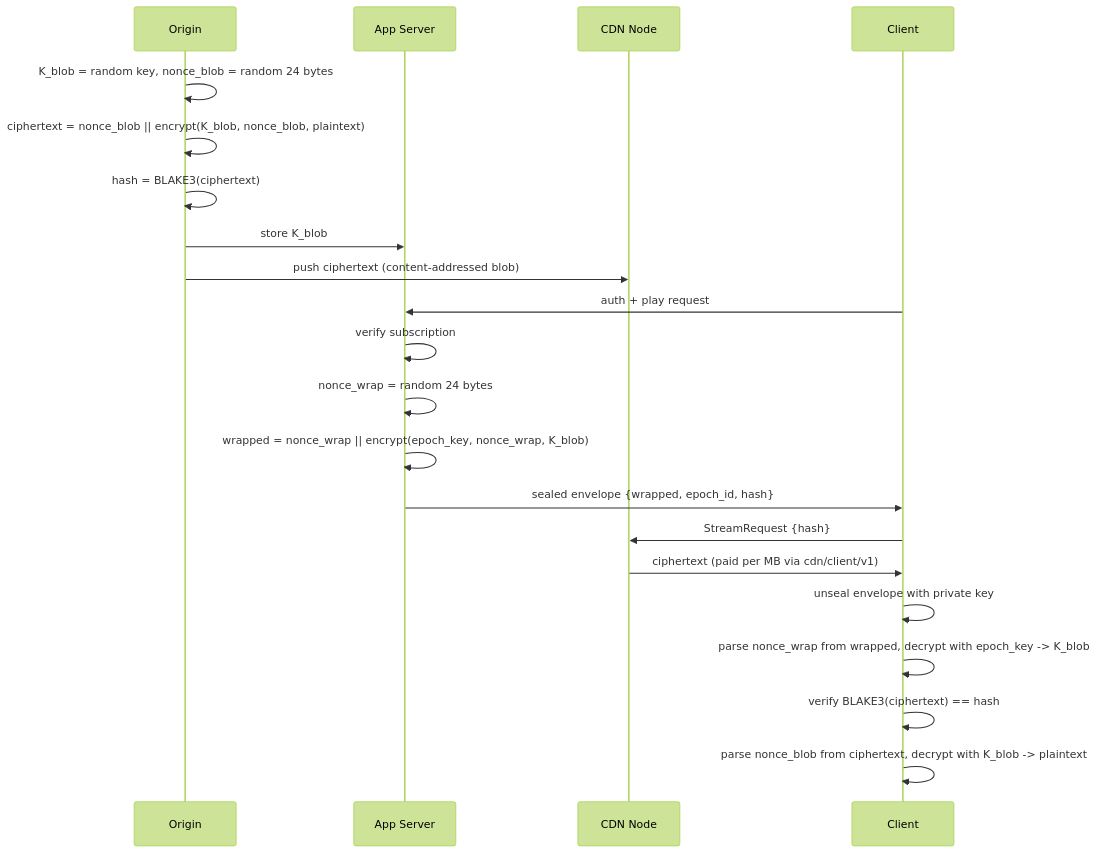
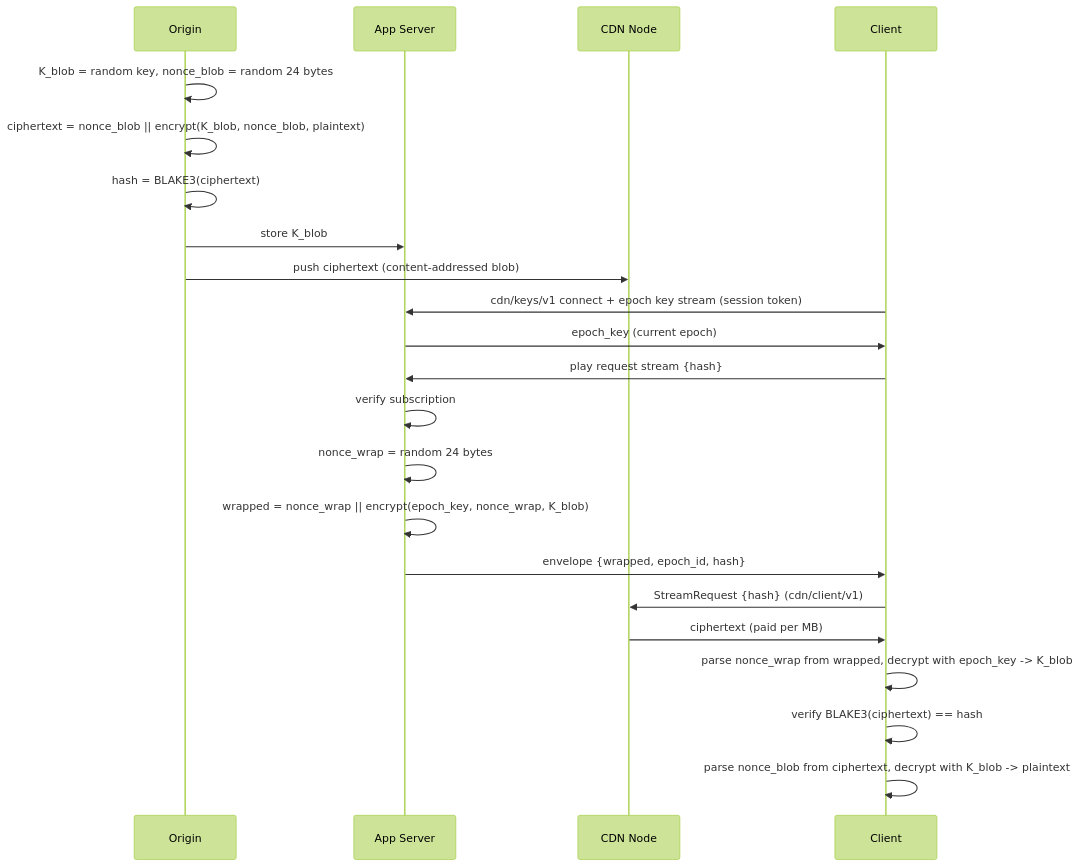
The third of 5 diagrams in adr/006-e2e-encryption.md (decdn/decdn), drawn with Mermaid (forest theme) before and after one commit. The commit also changed other lines of this file and 5 other files, not shown here.

First line of the commit message:
docs: add ADR 012 (client architecture) and move key delivery to iroh QUIC (#162)

````diff
--- a/adr/006-e2e-encryption.md
+++ b/adr/006-e2e-encryption.md
@@ -155,27 +159,29 @@
 ```mermaid
 sequenceDiagram
     participant O as Origin
     participant A as App Server
     participant N as CDN Node
     participant C as Client
 
     O->>O: K_blob = random key, nonce_blob = random 24 bytes
     O->>O: ciphertext = nonce_blob || encrypt(K_blob, nonce_blob, plaintext)
     O->>O: hash = BLAKE3(ciphertext)
     O->>A: store K_blob
     O->>N: push ciphertext (content-addressed blob)
 
-    C->>A: auth + play request
+    C->>A: cdn/keys/v1 connect + epoch key stream (session token)
+    A->>C: epoch_key (current epoch)
+
+    C->>A: play request stream {hash}
     A->>A: verify subscription
     A->>A: nonce_wrap = random 24 bytes
     A->>A: wrapped = nonce_wrap || encrypt(epoch_key, nonce_wrap, K_blob)
-    A->>C: sealed envelope {wrapped, epoch_id, hash}
+    A->>C: envelope {wrapped, epoch_id, hash}
 
-    C->>N: StreamRequest {hash}
-    N->>C: ciphertext (paid per MB via cdn/client/v1)
+    C->>N: StreamRequest {hash} (cdn/client/v1)
+    N->>C: ciphertext (paid per MB)
 
-    C->>C: unseal envelope with private key
     C->>C: parse nonce_wrap from wrapped, decrypt with epoch_key -> K_blob
     C->>C: verify BLAKE3(ciphertext) == hash
     C->>C: parse nonce_blob from ciphertext, decrypt with K_blob -> plaintext
 ```
````
